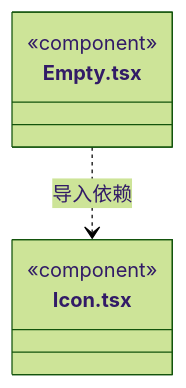
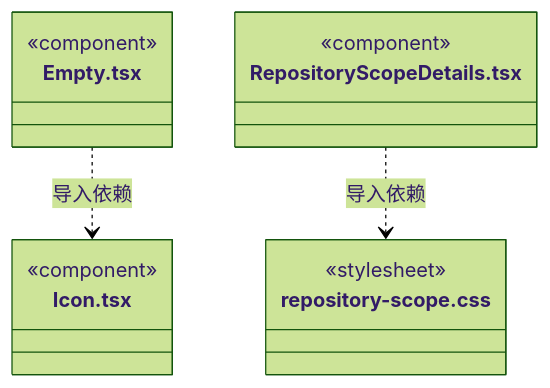
One commit to nan023062/cbim changed the sixth of 6 diagrams in src/frontend/components/ARCHITECTURE.md. Above: the diagram before and after it, drawn with Mermaid (forest theme). The commit also changed other lines of this file and 62 other files, not shown here.

````diff
--- a/src/frontend/components/ARCHITECTURE.md
+++ b/src/frontend/components/ARCHITECTURE.md
@@ -55,10 +78,17 @@
 ```mermaid
 classDiagram
 class N_src_frontend_components_Empty_tsx["Empty.tsx"] {
   <<component>>
 }
 class N_src_frontend_components_Icon_tsx["Icon.tsx"] {
   <<component>>
 }
+class N_src_frontend_components_RepositoryScopeDetails_tsx["RepositoryScopeDetails.tsx"] {
+  <<component>>
+}
+class N_src_frontend_components_repository_scope_css["repository-scope.css"] {
+  <<stylesheet>>
+}
 N_src_frontend_components_Empty_tsx ..> N_src_frontend_components_Icon_tsx : 导入依赖
+N_src_frontend_components_RepositoryScopeDetails_tsx ..> N_src_frontend_components_repository_scope_css : 导入依赖
 ```
````
